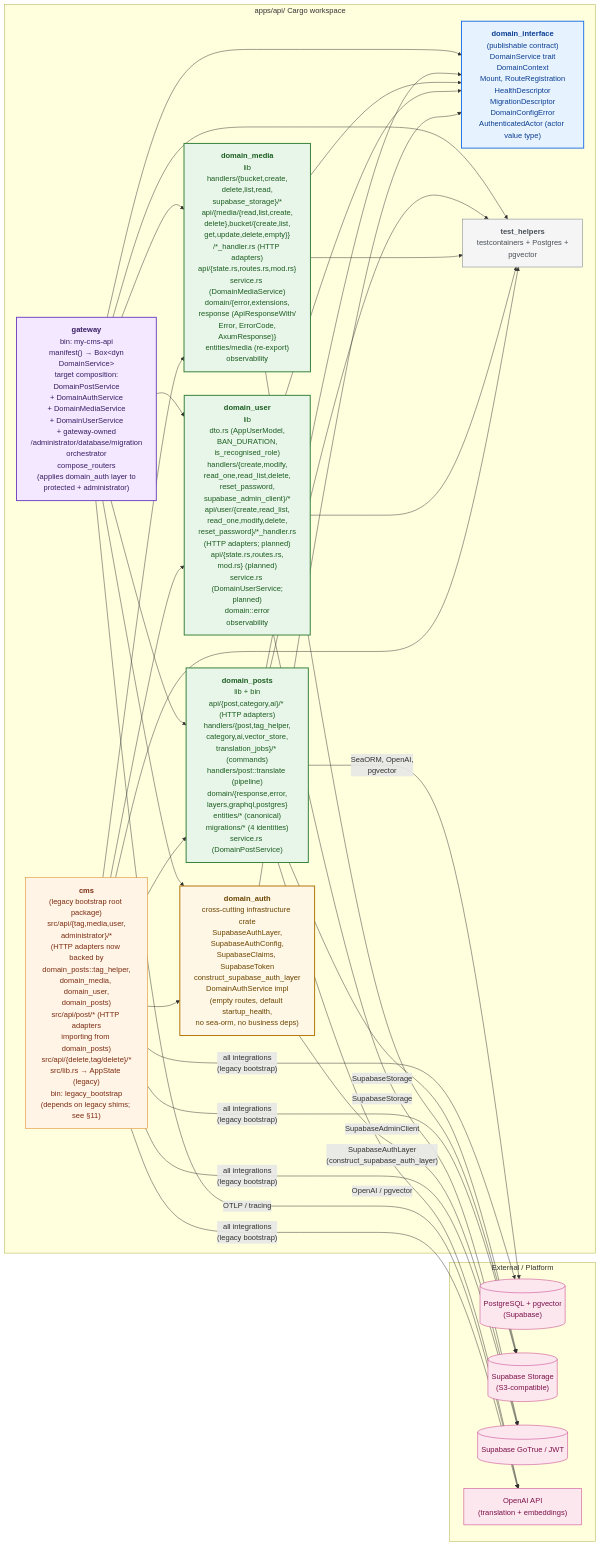
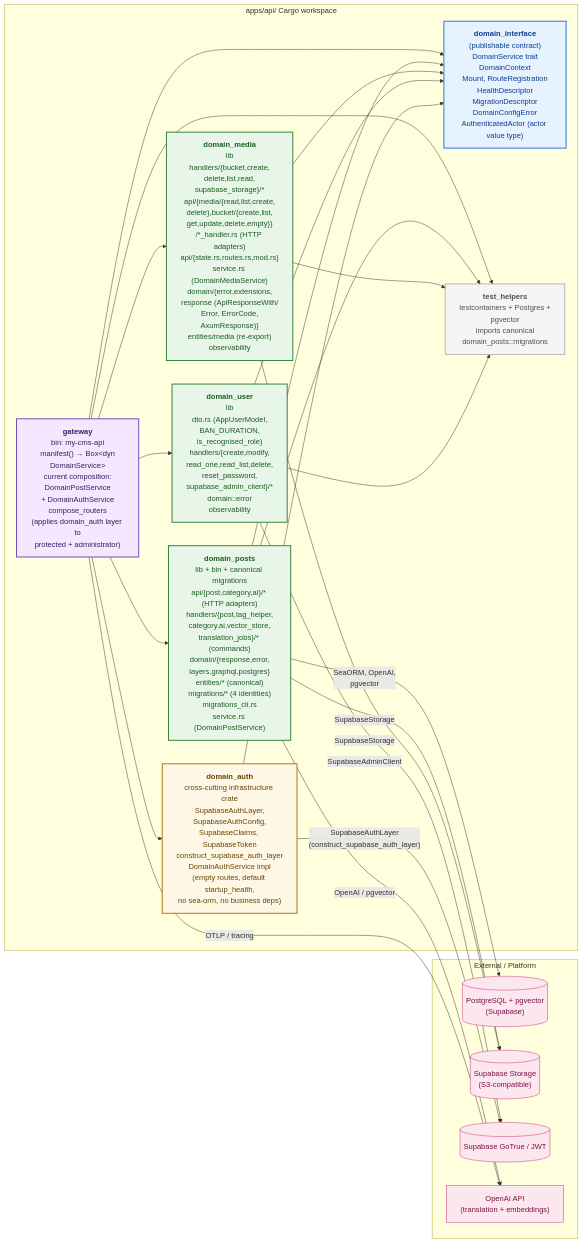
Before and after one commit to doitsu2014/my-cms: the first of 10 diagrams in docs/api-architecture.md, drawn with Mermaid. The commit also changed other lines of this file and 107 other files, not shown here.

First line of the commit message:
feat: purge legacy CMS and application core

````diff
--- a/docs/api-architecture.md
+++ b/docs/api-architecture.md
@@ -11,72 +13,60 @@
 ```mermaid
 graph LR
     subgraph ws["apps/api/  Cargo workspace"]
         DI["<b>domain_interface</b><br/>(publishable contract)<br/>DomainService trait<br/>DomainContext<br/>Mount, RouteRegistration<br/>HealthDescriptor<br/>MigrationDescriptor<br/>DomainConfigError<br/>AuthenticatedActor (actor value type)"]
         DA["<b>domain_auth</b><br/>cross-cutting infrastructure crate<br/>SupabaseAuthLayer,<br/>SupabaseAuthConfig,<br/>SupabaseClaims, SupabaseToken<br/>construct_supabase_auth_layer<br/>DomainAuthService impl<br/>(empty routes, default startup_health,<br/>no sea-orm, no business deps)"]
-        DP["<b>domain_posts</b><br/>lib + bin<br/>api/{post,category,ai}/* (HTTP adapters)<br/>handlers/{post,tag_helper,<br/>category,ai,vector_store,<br/>translation_jobs}/* (commands)<br/>handlers/post::translate (pipeline)<br/>domain/{response,error,<br/>layers,graphql,postgres}<br/>entities/* (canonical)<br/>migrations/* (4 identities)<br/>service.rs (DomainPostService)"]
+        DP["<b>domain_posts</b><br/>lib + bin + canonical migrations<br/>api/{post,category,ai}/* (HTTP adapters)<br/>handlers/{post,tag_helper,<br/>category,ai,vector_store,<br/>translation_jobs}/* (commands)<br/>domain/{response,error,<br/>layers,graphql,postgres}<br/>entities/* (canonical)<br/>migrations/* (4 identities)<br/>migrations_cli.rs<br/>service.rs (DomainPostService)"]
         DM["<b>domain_media</b><br/>lib<br/>handlers/{bucket,create,<br/>delete,list,read,<br/>supabase_storage}/*<br/>api/{media/{read,list,create,<br/>delete},bucket/{create,list,<br/>get,update,delete,empty}}<br/>/*_handler.rs (HTTP adapters)<br/>api/{state.rs,routes.rs,mod.rs}<br/>service.rs (DomainMediaService)<br/>domain/{error,extensions,<br/>response (ApiResponseWith/<br/>Error, ErrorCode,<br/>AxumResponse)}<br/>entities/media (re-export)<br/>observability"]
-        DU["<b>domain_user</b><br/>lib<br/>dto.rs (AppUserModel,<br/>BAN_DURATION,<br/>is_recognised_role)<br/>handlers/{create,modify,<br/>read_one,read_list,delete,<br/>reset_password,<br/>supabase_admin_client}/*<br/>api/user/{create,read_list,<br/>read_one,modify,delete,<br/>reset_password}/*_handler.rs<br/>(HTTP adapters; planned)<br/>api/{state.rs,routes.rs,<br/>mod.rs} (planned)<br/>service.rs (DomainUserService;<br/>planned)<br/>domain::error<br/>observability"]
-        GW["<b>gateway</b><br/>bin: my-cms-api<br/>manifest() → Box&lt;dyn<br/>DomainService&gt;<br/>target composition:<br/>DomainPostService<br/>+ DomainAuthService<br/>+ DomainMediaService<br/>+ DomainUserService<br/>+ gateway-owned<br/>/administrator/database/migration<br/>orchestrator<br/>compose_routers<br/>(applies domain_auth layer to<br/>protected + administrator)"]
-        TH["<b>test_helpers</b><br/>testcontainers + Postgres +<br/>pgvector"]
-        CMS["<b>cms</b><br/>(legacy bootstrap root package)<br/>src/api/{tag,media,user,<br/>administrator}/*<br/>(HTTP adapters now backed by<br/>domain_posts::tag_helper,<br/>domain_media, domain_user,<br/>domain_posts)<br/>src/api/post/* (HTTP adapters<br/>importing from domain_posts)<br/>src/api/{delete,tag/delete}/*<br/>src/lib.rs → AppState (legacy)<br/>bin: legacy_bootstrap<br/>(depends on legacy shims; see §11)"]
+        DU["<b>domain_user</b><br/>lib<br/>dto.rs (AppUserModel,<br/>BAN_DURATION,<br/>is_recognised_role)<br/>handlers/{create,modify,<br/>read_one,read_list,delete,<br/>reset_password,<br/>supabase_admin_client}/*<br/>domain::error<br/>observability"]
+        GW["<b>gateway</b><br/>bin: my-cms-api<br/>manifest() → Box&lt;dyn<br/>DomainService&gt;<br/>current composition:<br/>DomainPostService<br/>+ DomainAuthService<br/>compose_routers<br/>(applies domain_auth layer to<br/>protected + administrator)"]
+        TH["<b>test_helpers</b><br/>testcontainers + Postgres +<br/>pgvector<br/>imports canonical<br/>domain_posts::migrations"]
     end
 
     subgraph ext["External / Platform"]
         DB[("PostgreSQL + pgvector<br/>(Supabase)")]
         STORE[("Supabase Storage<br/>(S3-compatible)")]
         AUTH[("Supabase GoTrue / JWT")]
         OAI["OpenAI API<br/>(translation + embeddings)"]
     end
 
     GW --> DI
     GW --> DP
     GW --> DA
     GW --> DM
     GW --> DU
     GW --> TH
 
     DP --> DI
     DP --> TH
 
     DM --> DI
     DM --> TH
 
     DU --> DI
     DU --> TH
 
     DA --> DI
 
-    CMS --> DA
-    CMS --> TH
-    CMS --> DP
-    CMS --> DM
-    CMS --> DU
-
     DP -- "SeaORM, OpenAI,<br/>pgvector" --> DB
     DP -- "OpenAI / pgvector" --> OAI
     DP -- "SupabaseStorage" --> STORE
     DM -- "SupabaseStorage" --> STORE
     DU -- "SupabaseAdminClient" --> AUTH
-    DA -- "SupabaseAuthLayer<br/>(construct_supabase_auth_layer)" --> AUTH
-    GW -- "OTLP / tracing" --> OAI
-    CMS -- "all integrations<br/>(legacy bootstrap)" --> DB
-    CMS -- "all integrations<br/>(legacy bootstrap)" --> STORE
-    CMS -- "all integrations<br/>(legacy bootstrap)" --> AUTH
-    CMS -- "all integrations<br/>(legacy bootstrap)" --> OAI
+     DA -- "SupabaseAuthLayer<br/>(construct_supabase_auth_layer)" --> AUTH
+     GW -- "OTLP / tracing" --> OAI
+
 
     classDef contract fill:#e6f3ff,stroke:#1f6feb,stroke-width:2px,color:#0b3d91
     classDef domain fill:#e8f5e9,stroke:#2e7d32,stroke-width:2px,color:#1b5e20
     classDef infra fill:#fff7e6,stroke:#b07000,stroke-width:2px,color:#6b4500
     classDef gateway fill:#f3e8ff,stroke:#6f42c1,stroke-width:2px,color:#3a1d63
-    classDef shim fill:#fff4e6,stroke:#d97706,stroke-width:1px,color:#7c2d12
     classDef ext fill:#fde7ef,stroke:#bf2c7e,stroke-width:1px,color:#7a1148
-    classDef helper fill:#f5f5f5,stroke:#6c757d,stroke-width:1px,color:#495057
+    classDef helper fill:#f5f5f5,stroke:#6c7575,stroke-width:1px,color:#495057
 
     class DI contract
     class DP,DM,DU domain
     class DA infra
     class GW gateway
-    class CMS shim
     class TH helper
     class DB,STORE,AUTH,OAI ext
 ```
````
